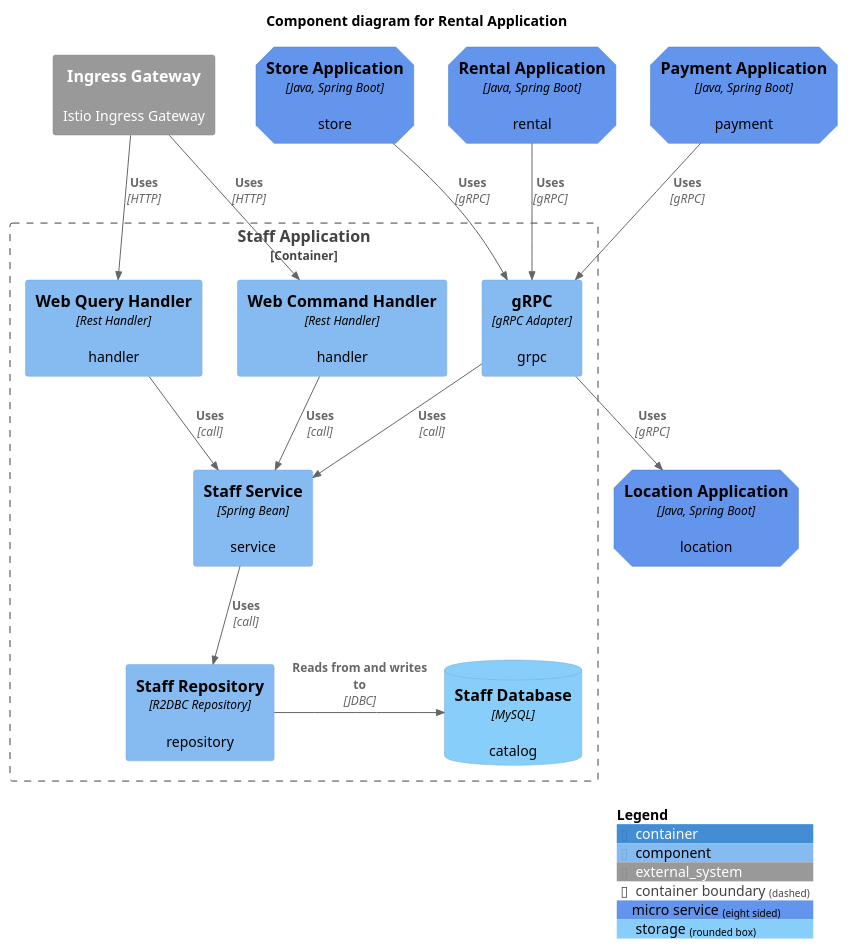
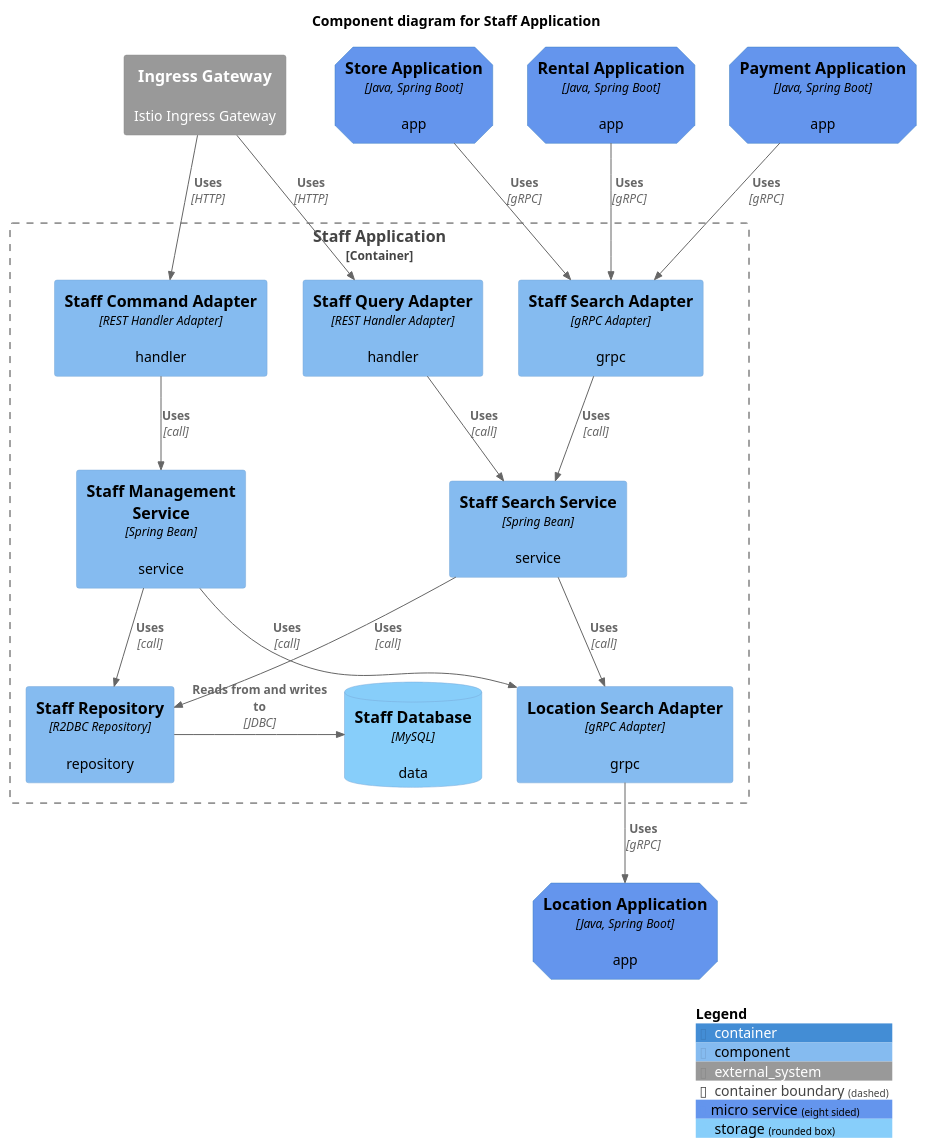
One commit to codejsha/sakila-microservices changed the diagram in diagram/component/staff-application.puml. Above: the diagram before and after it, drawn with PlantUML. The commit also changed 16 other files, not shown here.

Commit message:
update diagrams

```diff
--- a/diagram/component/staff-application.puml
+++ b/diagram/component/staff-application.puml
@@ -1,38 +1,47 @@
 @startuml "staff-application"
 !include https://raw.githubusercontent.com/plantuml-stdlib/C4-PlantUML/master/C4_Component.puml
 
 AddElementTag("micro_service", $shape=EightSidedShape(), $bgColor="CornflowerBlue", $fontColor="black", $legendText="micro service\neight sided")
 AddElementTag("storage", $shape=RoundedBoxShape(), $bgColor="lightSkyBlue", $fontColor="black")
 
-title Component diagram for Rental Application
+title Component diagram for Staff Application
 
-Container(rental_app, "Rental Application", "Java, Spring Boot", "rental", $tags = "micro_service")
-Container(payment_app, "Payment Application", "Java, Spring Boot", "payment", $tags = "micro_service")
-Container(store_app, "Store Application", "Java, Spring Boot", "store", $tags = "micro_service")
-Container(location_app, "Location Application", "Java, Spring Boot", "location", $tags = "micro_service")
+Container(rental_app, "Rental Application", "Java, Spring Boot", "app", $tags = "micro_service")
+Container(payment_app, "Payment Application", "Java, Spring Boot", "app", $tags = "micro_service")
+Container(store_app, "Store Application", "Java, Spring Boot", "app", $tags = "micro_service")
 System_Ext(ingress_gateway, "Ingress Gateway", "Istio Ingress Gateway")
 
+Container(location_app, "Location Application", "Java, Spring Boot", "app", $tags = "micro_service")
+
 Container_Boundary(staff_app, "Staff Application") {
-    Component(command_handler, "Web Command Handler", "Rest Handler", "handler")
-    Component(query_handler, "Web Query Handler", "Rest Handler", "handler")
-    Component(grpc, "gRPC", "gRPC Adapter", "grpc")
-    Component(staff_service, "Staff Service", "Spring Bean", "service")
+    Component(command_adapter, "Staff Command Adapter", "REST Handler Adapter", "handler")
+    Component(query_adapter, "Staff Query Adapter", "REST Handler Adapter", "handler")
+    Component(staff_search_adapter, "Staff Search Adapter", "gRPC Adapter", "grpc")
+    Component(location_search_adapter, "Location Search Adapter", "gRPC Adapter", "grpc")
+
+    Component(staff_mgmt_service, "Staff Management Service", "Spring Bean", "service")
+    Component(staff_search_service, "Staff Search Service", "Spring Bean", "service")
     Component(staff_repository, "Staff Repository", "R2DBC Repository", "repository")
-    ComponentDb(staff_db, "Staff Database", "MySQL", "catalog", $tags = "storage")
+    ComponentDb(staff_db, "Staff Database", "MySQL", "data", $tags = "storage")
 
-    Rel(command_handler, staff_service, "Uses", "call")
-    Rel(query_handler, staff_service, "Uses", "call")
-    Rel(staff_service, staff_repository, "Uses", "call")
-    Rel(grpc, staff_service, "Uses", "call")
+    Rel(command_adapter, staff_mgmt_service, "Uses", "call")
+    Rel(query_adapter, staff_search_service, "Uses", "call")
+    Rel(staff_search_adapter, staff_search_service, "Uses", "call")
+
+    Rel(staff_mgmt_service, staff_repository, "Uses", "call")
+    Rel(staff_mgmt_service, location_search_adapter, "Uses", "call")
+    Rel(staff_search_service, staff_repository, "Uses", "call")
+    Rel(staff_search_service, location_search_adapter, "Uses", "call")
+
     Rel_R(staff_repository, staff_db, "Reads from and writes to", "JDBC")
 }
 
-Rel(rental_app, grpc, "Uses", "gRPC")
-Rel(payment_app, grpc, "Uses", "gRPC")
-Rel(store_app, grpc, "Uses", "gRPC")
-Rel(grpc, location_app, "Uses", "gRPC")
-Rel(ingress_gateway, command_handler, "Uses", "HTTP")
-Rel(ingress_gateway, query_handler, "Uses", "HTTP")
+Rel(rental_app, staff_search_adapter, "Uses", "gRPC")
+Rel(payment_app, staff_search_adapter, "Uses", "gRPC")
+Rel(store_app, staff_search_adapter, "Uses", "gRPC")
+Rel(location_search_adapter, location_app, "Uses", "gRPC")
+Rel(ingress_gateway, command_adapter, "Uses", "HTTP")
+Rel(ingress_gateway, query_adapter, "Uses", "HTTP")
 
 SHOW_LEGEND()
 @enduml
```
